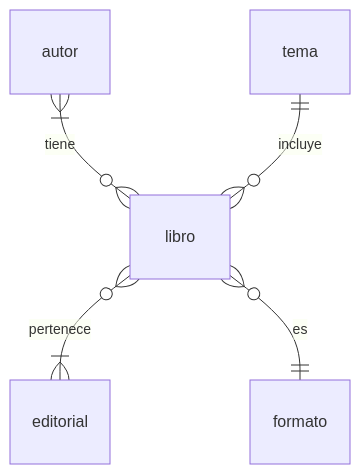
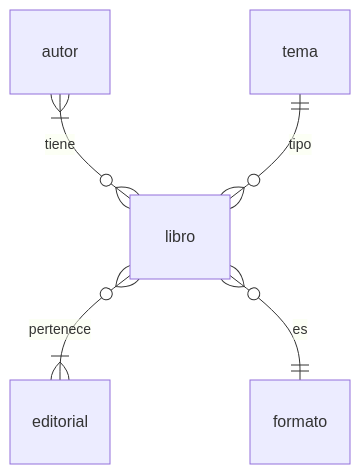
One commit to litoralcreativo/tpfinal-lab4 changed the diagram in readme.md. Above: the diagram before and after it, drawn with Mermaid.

Commit message:
cambio en el ERD del readme, comment

````diff
--- a/readme.md
+++ b/readme.md
@@ -11,8 +11,8 @@
 ```mermaid
 erDiagram
     autor }|--o{ libro : tiene
     libro }o--|{ editorial : pertenece
     libro }o--|| formato : es
-    tema ||--o{ libro : incluye
+    tema ||--o{ libro : tipo
 
 ```
````
